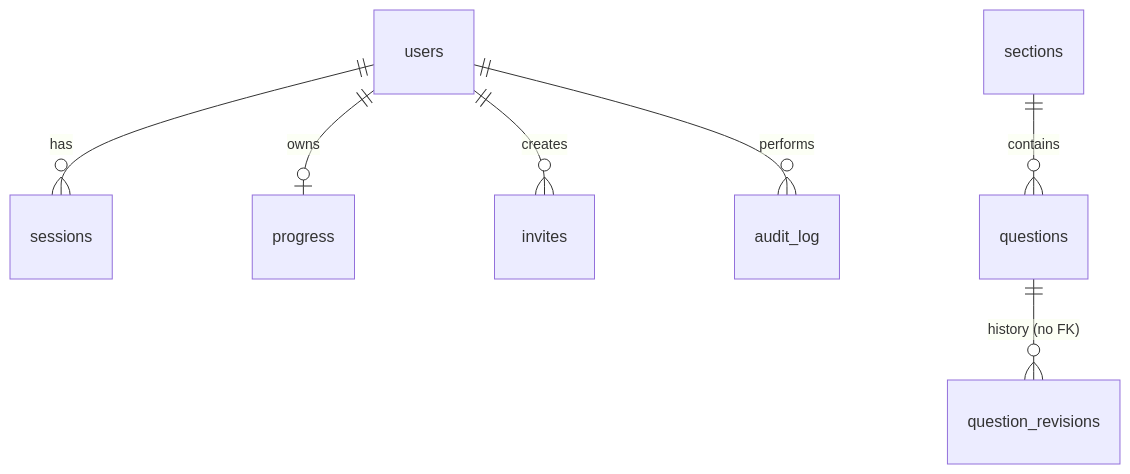
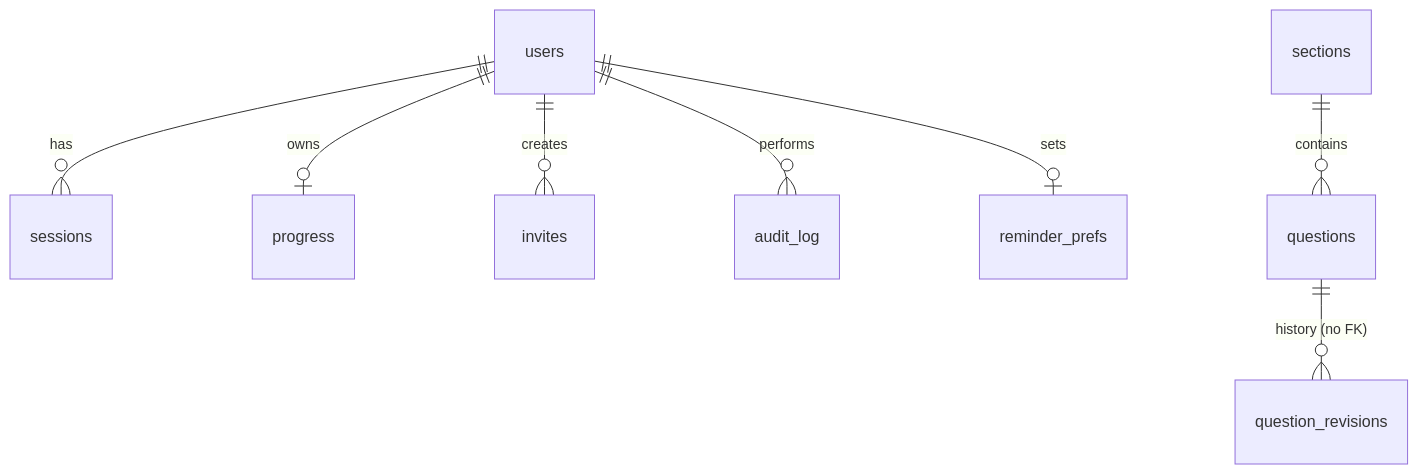
Before and after one commit to anand1296/frontend-loop: the second of 3 diagrams in docs/SPEC.md, drawn with Mermaid. The commit also changed other lines of this file and 31 other files, not shown here.

````diff
--- a/docs/SPEC.md
+++ b/docs/SPEC.md
@@ -363,9 +380,10 @@
 ```mermaid
 erDiagram
   users ||--o{ sessions : has
   users ||--o| progress : owns
   users ||--o{ invites : creates
   users ||--o{ audit_log : performs
+  users ||--o| reminder_prefs : sets
   sections ||--o{ questions : contains
   questions ||--o{ question_revisions : "history (no FK)"
 ```
````
